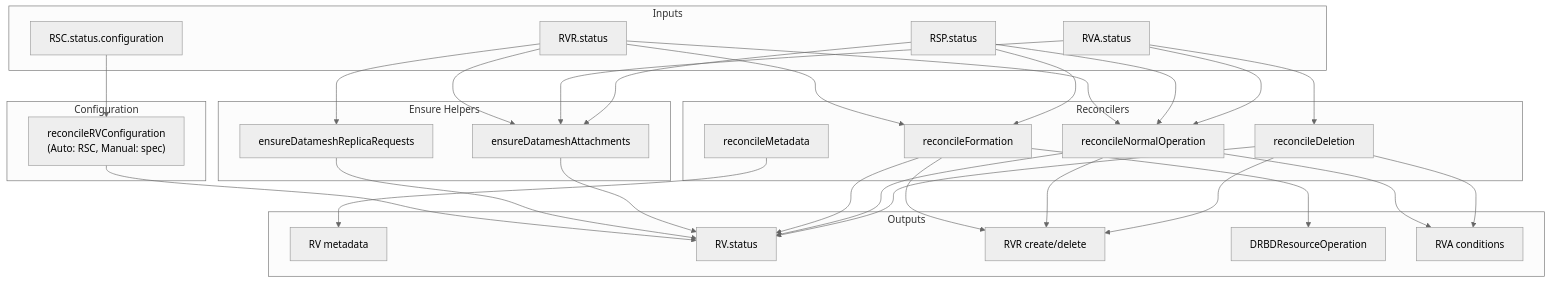
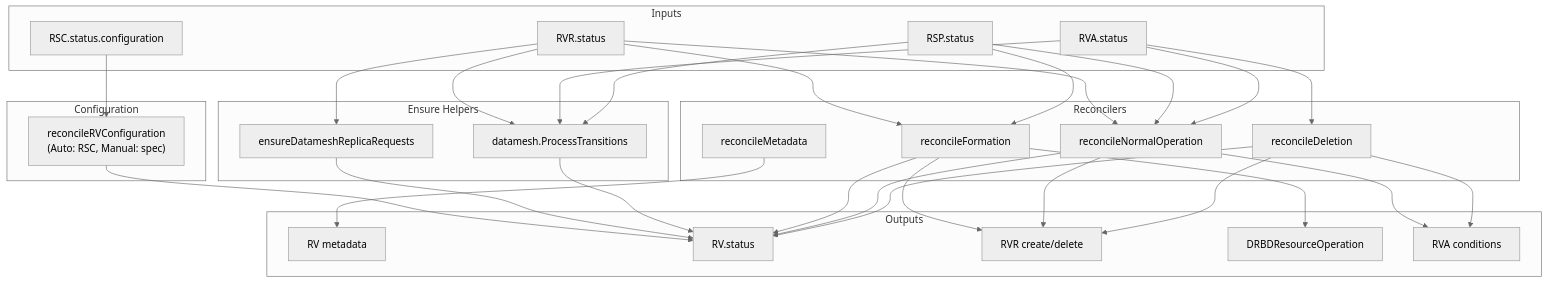
Before and after one commit to deckhouse/sds-replicated-volume: the second of 9 diagrams in images/controller/internal/controllers/rv_controller/README.md, drawn with Mermaid (neutral theme). The commit also changed other lines of this file and 11 other files, not shown here.

````diff
--- a/images/controller/internal/controllers/rv_controller/README.md
+++ b/images/controller/internal/controllers/rv_controller/README.md
@@ -355,59 +320,59 @@
 ```mermaid
 flowchart TD
     subgraph inputs [Inputs]
         RSCStatus[RSC.status.configuration]
         RSP[RSP.status]
         RVRStatus[RVR.status]
         RVAStatus[RVA.status]
     end
 
     subgraph reconcilers [Reconcilers]
         ReconcileMeta[reconcileMetadata]
         ReconcileFormation[reconcileFormation]
         ReconcileNormalOp[reconcileNormalOperation]
         ReconcileDeletion[reconcileDeletion]
     end
 
     subgraph ensures [Ensure Helpers]
         EnsurePending[ensureDatameshReplicaRequests]
-        EnsureAttachments[ensureDatameshAttachments]
+        DMEngine["datamesh.ProcessTransitions"]
     end
 
     subgraph configReconciler [Configuration]
         ReconcileConfig["reconcileRVConfiguration<br/>(Auto: RSC, Manual: spec)"]
     end
 
     subgraph outputs [Outputs]
         RVMeta[RV metadata]
         RVStatus[RV.status]
         RVRManaged[RVR create/delete]
         DRBDROp[DRBDResourceOperation]
         RVAConditions[RVA conditions]
     end
 
     RSCStatus --> ReconcileConfig
     RVRStatus --> EnsurePending
     RVRStatus --> ReconcileFormation
     RSP --> ReconcileFormation
     RVRStatus --> ReconcileNormalOp
     RSP --> ReconcileNormalOp
     RVAStatus --> ReconcileNormalOp
     RVAStatus --> ReconcileDeletion
-    RVRStatus --> EnsureAttachments
-    RVAStatus --> EnsureAttachments
-    RSP --> EnsureAttachments
+    RVRStatus --> DMEngine
+    RVAStatus --> DMEngine
+    RSP --> DMEngine
 
     ReconcileMeta --> RVMeta
     ReconcileConfig --> RVStatus
     EnsurePending --> RVStatus
-    EnsureAttachments --> RVStatus
+    DMEngine --> RVStatus
     ReconcileFormation --> RVStatus
     ReconcileFormation --> RVRManaged
     ReconcileFormation --> DRBDROp
     ReconcileNormalOp --> RVStatus
     ReconcileNormalOp --> RVRManaged
     ReconcileNormalOp --> RVAConditions
     ReconcileDeletion --> RVAConditions
     ReconcileDeletion --> RVRManaged
     ReconcileDeletion --> RVStatus
 ```
````
